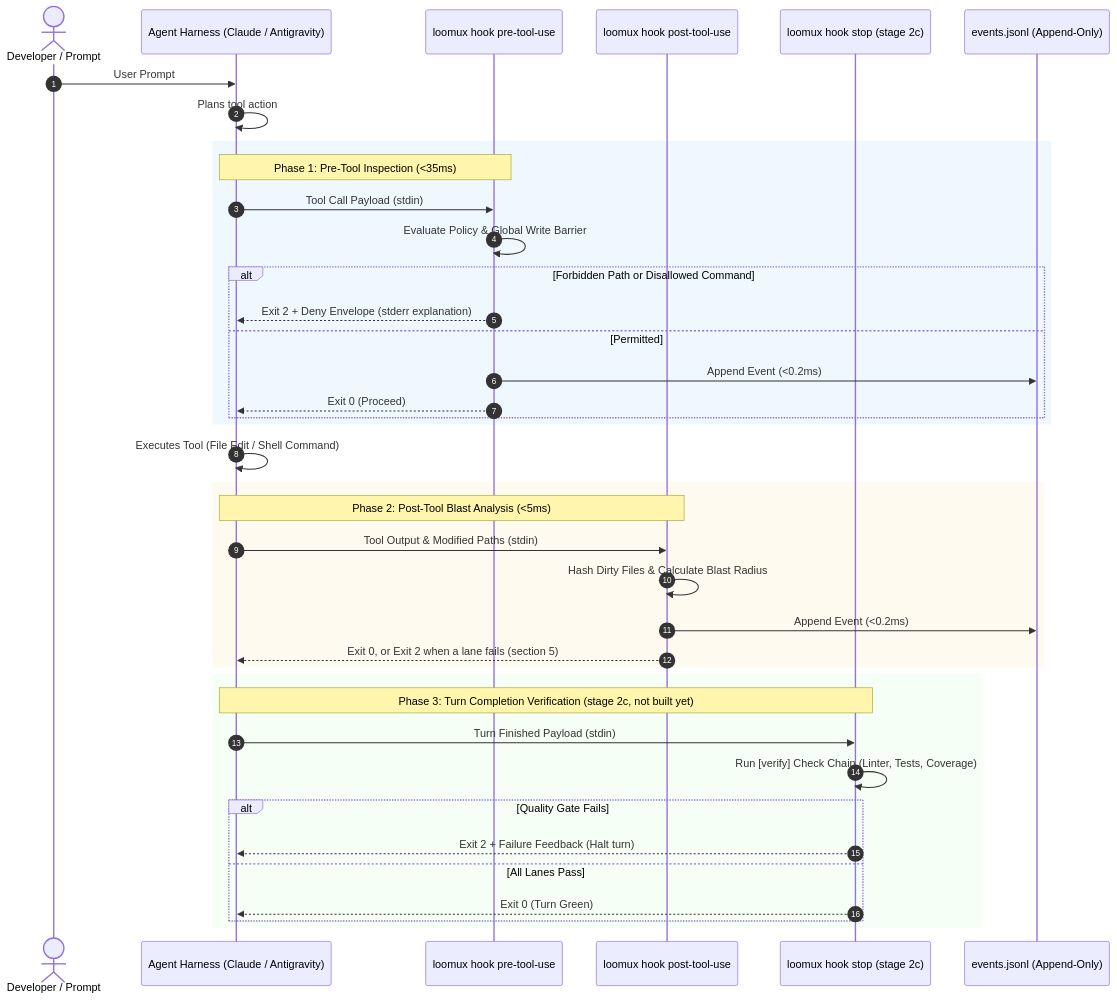
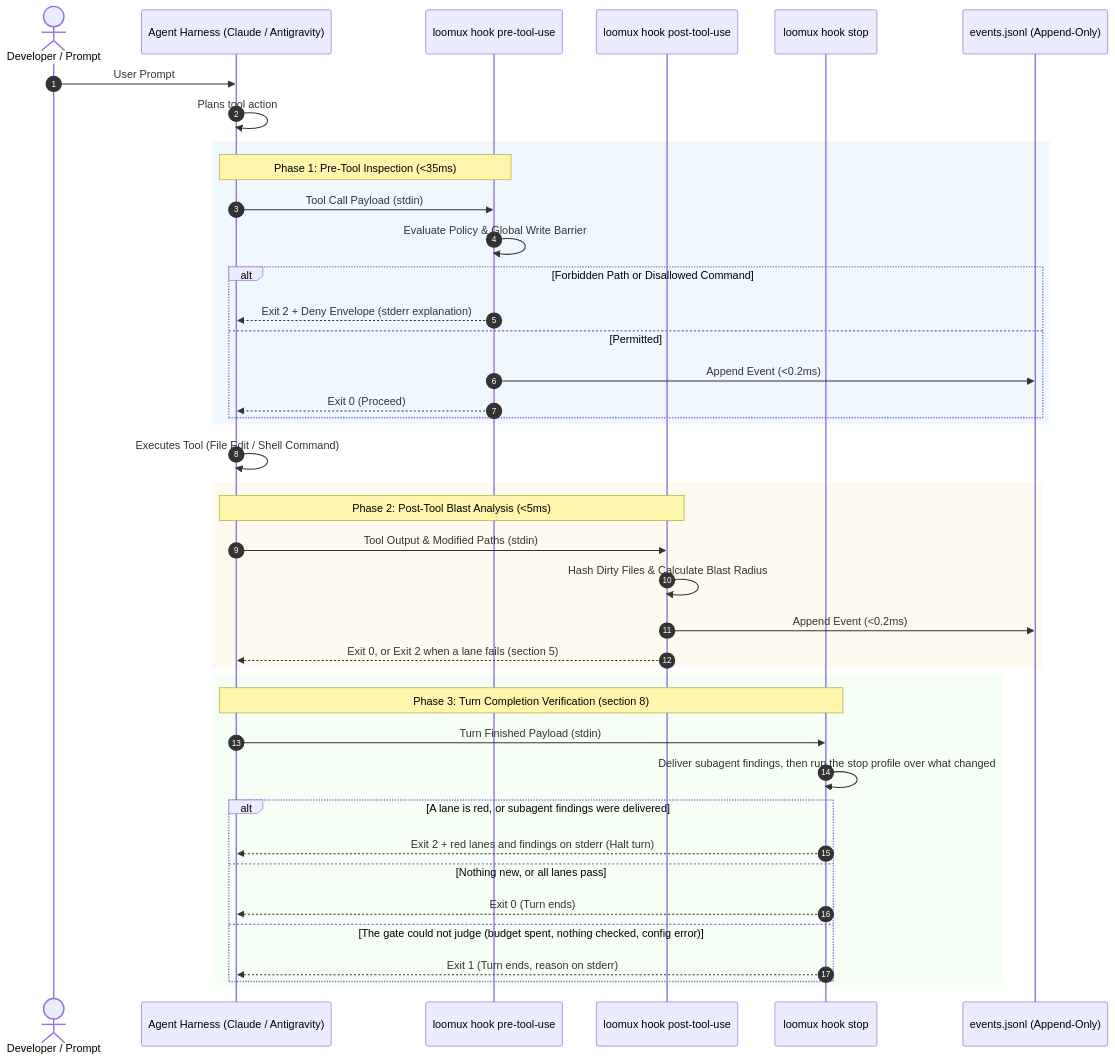
Before and after one commit to xidus90/loomux: the first of 3 diagrams in docs/en/hooks.md, drawn with Mermaid. The commit also changed other lines of this file and 624 other files, not shown here.

First line of the commit message:
feat(hooks): add the stop gate and the subagent hooks

````diff
--- a/docs/en/hooks.md
+++ b/docs/en/hooks.md
@@ -11,46 +11,48 @@
 ```mermaid
 sequenceDiagram
     autonumber
     actor Dev as Developer / Prompt
     participant Host as Agent Harness (Claude / Antigravity)
     participant Pre as loomux hook pre-tool-use
     participant Post as loomux hook post-tool-use
-    participant Stop as loomux hook stop (stage 2c)
+    participant Stop as loomux hook stop
     participant Journal as events.jsonl (Append-Only)
 
     Dev->>Host: User Prompt
     Host->>Host: Plans tool action
 
     rect rgb(240, 248, 255)
     Note over Host,Pre: Phase 1: Pre-Tool Inspection (<35ms)
     Host->>Pre: Tool Call Payload (stdin)
     Pre->>Pre: Evaluate Policy & Global Write Barrier
     alt Forbidden Path or Disallowed Command
         Pre-->>Host: Exit 2 + Deny Envelope (stderr explanation)
     else Permitted
         Pre->>Journal: Append Event (<0.2ms)
         Pre-->>Host: Exit 0 (Proceed)
     end
     end
 
     Host->>Host: Executes Tool (File Edit / Shell Command)
 
     rect rgb(255, 250, 240)
     Note over Host,Post: Phase 2: Post-Tool Blast Analysis (<5ms)
     Host->>Post: Tool Output & Modified Paths (stdin)
     Post->>Post: Hash Dirty Files & Calculate Blast Radius
     Post->>Journal: Append Event (<0.2ms)
     Post-->>Host: Exit 0, or Exit 2 when a lane fails (section 5)
     end
 
     rect rgb(245, 255, 245)
-    Note over Host,Stop: Phase 3: Turn Completion Verification (stage 2c, not built yet)
+    Note over Host,Stop: Phase 3: Turn Completion Verification (section 8)
     Host->>Stop: Turn Finished Payload (stdin)
-    Stop->>Stop: Run [verify] Check Chain (Linter, Tests, Coverage)
-    alt Quality Gate Fails
-        Stop-->>Host: Exit 2 + Failure Feedback (Halt turn)
-    else All Lanes Pass
-        Stop-->>Host: Exit 0 (Turn Green)
+    Stop->>Stop: Deliver subagent findings, then run the stop profile over what changed
+    alt A lane is red, or subagent findings were delivered
+        Stop-->>Host: Exit 2 + red lanes and findings on stderr (Halt turn)
+    else Nothing new, or all lanes pass
+        Stop-->>Host: Exit 0 (Turn ends)
+    else The gate could not judge (budget spent, nothing checked, config error)
+        Stop-->>Host: Exit 1 (Turn ends, reason on stderr)
     end
     end
 ```
````
